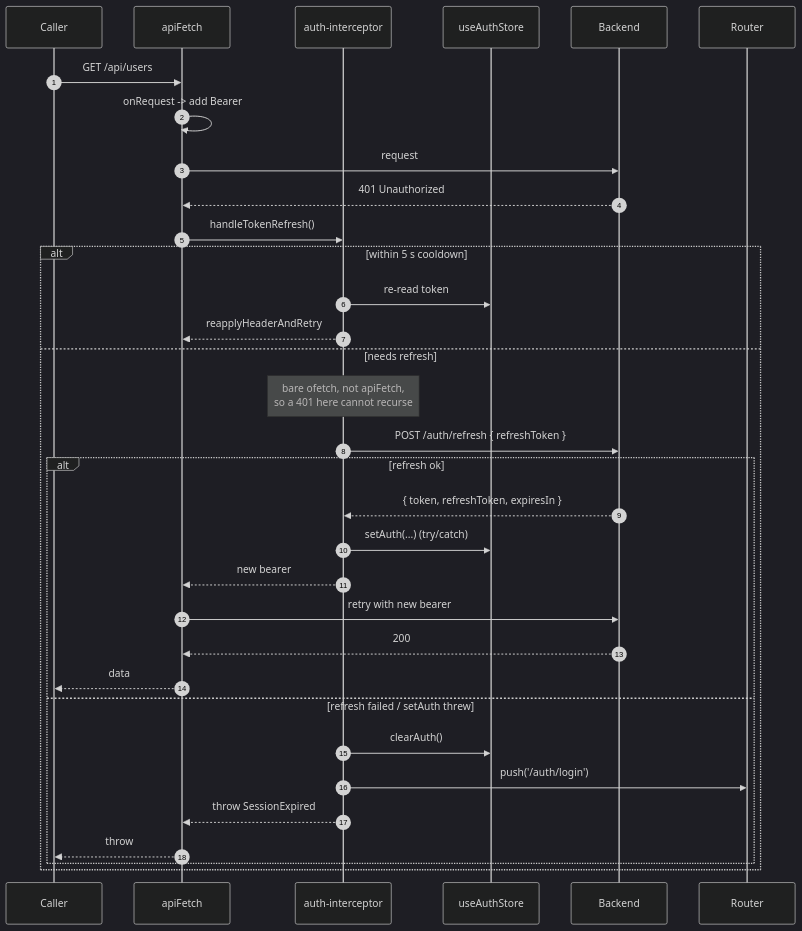
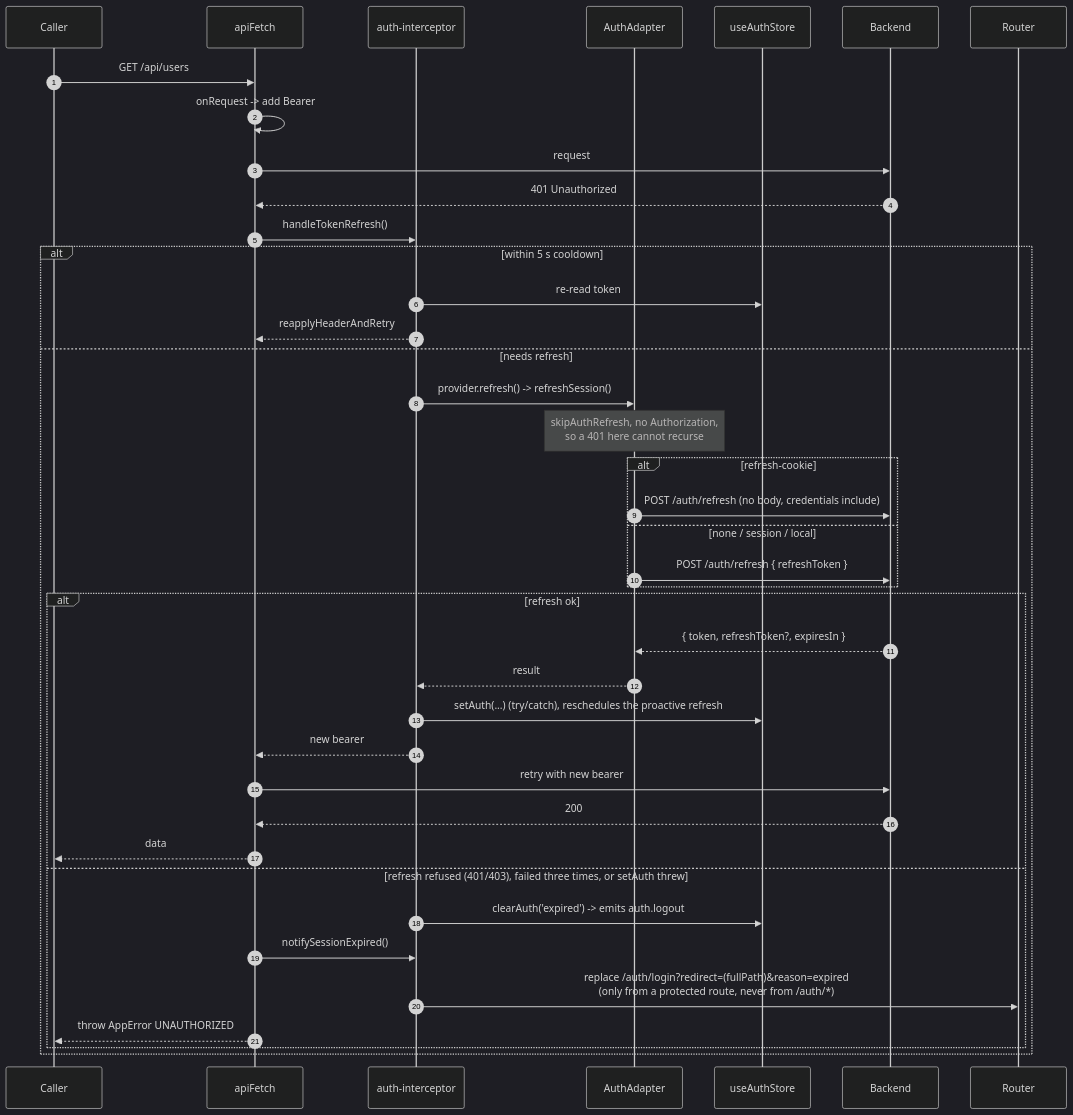
The eighth of 14 diagrams in docs/6.configuration/3.auth-deep-dive.md (boussadjra/vuestrata), drawn with Mermaid (dark theme) before and after one commit. The commit also changed other lines of this file and 4 other files, not shown here.

First line of the commit message:
docs(auth): say what refresh-cookie needs from a backend and how a session ends

````diff
--- a/docs/6.configuration/3.auth-deep-dive.md
+++ b/docs/6.configuration/3.auth-deep-dive.md
@@ -627,36 +720,43 @@
 ```mermaid
 sequenceDiagram
   autonumber
   participant Caller
   participant Fetch as apiFetch
   participant Int as auth-interceptor
+  participant Adapter as AuthAdapter
   participant Store as useAuthStore
   participant API as Backend
   participant Router
 
   Caller->>Fetch: GET /api/users
   Fetch->>Fetch: onRequest -> add Bearer
   Fetch->>API: request
   API-->>Fetch: 401 Unauthorized
   Fetch->>Int: handleTokenRefresh()
   alt within 5 s cooldown
     Int->>Store: re-read token
     Int-->>Fetch: reapplyHeaderAndRetry
   else needs refresh
-    Note over Int: bare ofetch, not apiFetch,<br/>so a 401 here cannot recurse
-    Int->>API: POST /auth/refresh { refreshToken }
+    Int->>Adapter: provider.refresh() -> refreshSession()
+    Note over Adapter: skipAuthRefresh, no Authorization,<br/>so a 401 here cannot recurse
+    alt refresh-cookie
+      Adapter->>API: POST /auth/refresh (no body, credentials include)
+    else none / session / local
+      Adapter->>API: POST /auth/refresh { refreshToken }
+    end
     alt refresh ok
-      API-->>Int: { token, refreshToken, expiresIn }
-      Int->>Store: setAuth(...) (try/catch)
+      API-->>Adapter: { token, refreshToken?, expiresIn }
+      Adapter-->>Int: result
+      Int->>Store: setAuth(...) (try/catch), reschedules the proactive refresh
       Int-->>Fetch: new bearer
       Fetch->>API: retry with new bearer
       API-->>Fetch: 200
       Fetch-->>Caller: data
-    else refresh failed / setAuth threw
-      Int->>Store: clearAuth()
-      Int->>Router: push('/auth/login')
-      Int-->>Fetch: throw SessionExpired
-      Fetch-->>Caller: throw
+    else refresh refused (401/403), failed three times, or setAuth threw
+      Int->>Store: clearAuth('expired') -> emits auth.logout
+      Fetch->>Int: notifySessionExpired()
+      Int->>Router: replace /auth/login?redirect=(fullPath)&reason=expired<br/>(only from a protected route, never from /auth/*)
+      Fetch-->>Caller: throw AppError UNAUTHORIZED
     end
   end
 ```
````
